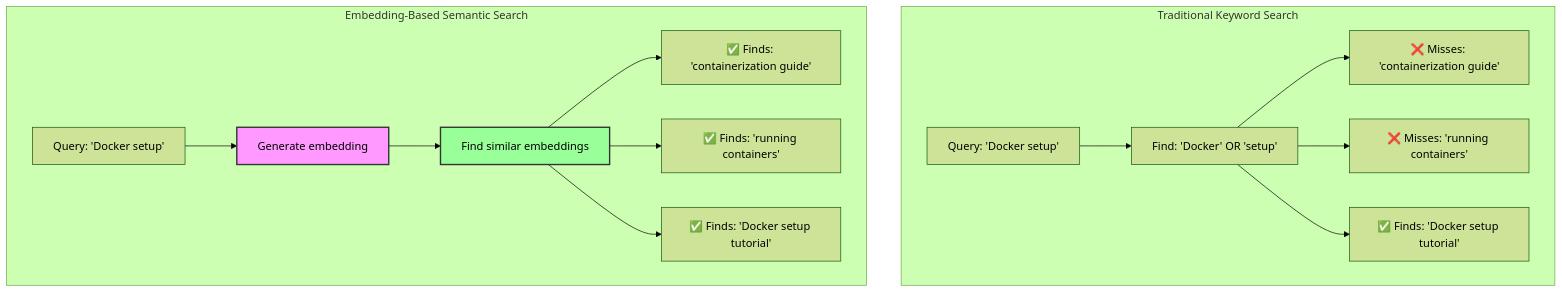
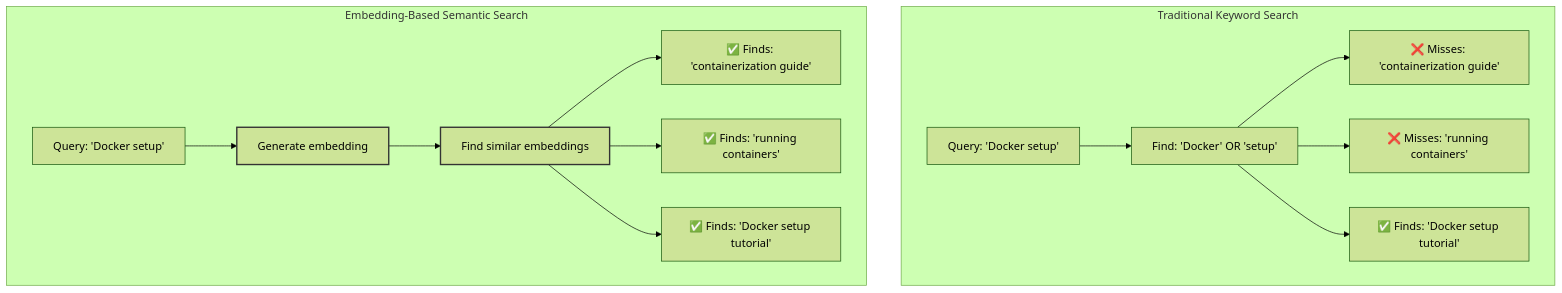
The third of 6 diagrams in Mostlylucid/Markdown/building-a-lawyer-gpt-for-your-blog-part3.md (Shaddix/mostlylucidweb), drawn with Mermaid (forest theme) before and after one commit. The commit also changed other lines of this file and 7 other files, not shown here.

First line of the commit message:
Update Mermaid diagrams in Lawyer GPT series for dark mode compatibility

````diff
--- a/Mostlylucid/Markdown/building-a-lawyer-gpt-for-your-blog-part3.md
+++ b/Mostlylucid/Markdown/building-a-lawyer-gpt-for-your-blog-part3.md
@@ -146,20 +150,21 @@
 ```mermaid
 graph TB
     subgraph "Traditional Keyword Search"
         A1[Query: 'Docker setup'] --> B1[Find: 'Docker' OR 'setup']
         B1 --> C1[❌ Misses: 'containerization guide']
         B1 --> D1[❌ Misses: 'running containers']
         B1 --> E1[✅ Finds: 'Docker setup tutorial']
     end
 
     subgraph "Embedding-Based Semantic Search"
         A2[Query: 'Docker setup'] --> B2[Generate embedding]
         B2 --> C2[Find similar embeddings]
         C2 --> D2[✅ Finds: 'containerization guide']
         C2 --> E2[✅ Finds: 'running containers']
         C2 --> F2[✅ Finds: 'Docker setup tutorial']
     end
 
-    style B2 fill:#f9f,stroke:#333,stroke-width:2px
-    style C2 fill:#9f9,stroke:#333,stroke-width:2px
+    class B2,C2 semantic
+
+    classDef semantic stroke:#333,stroke-width:2px
 ```
````
